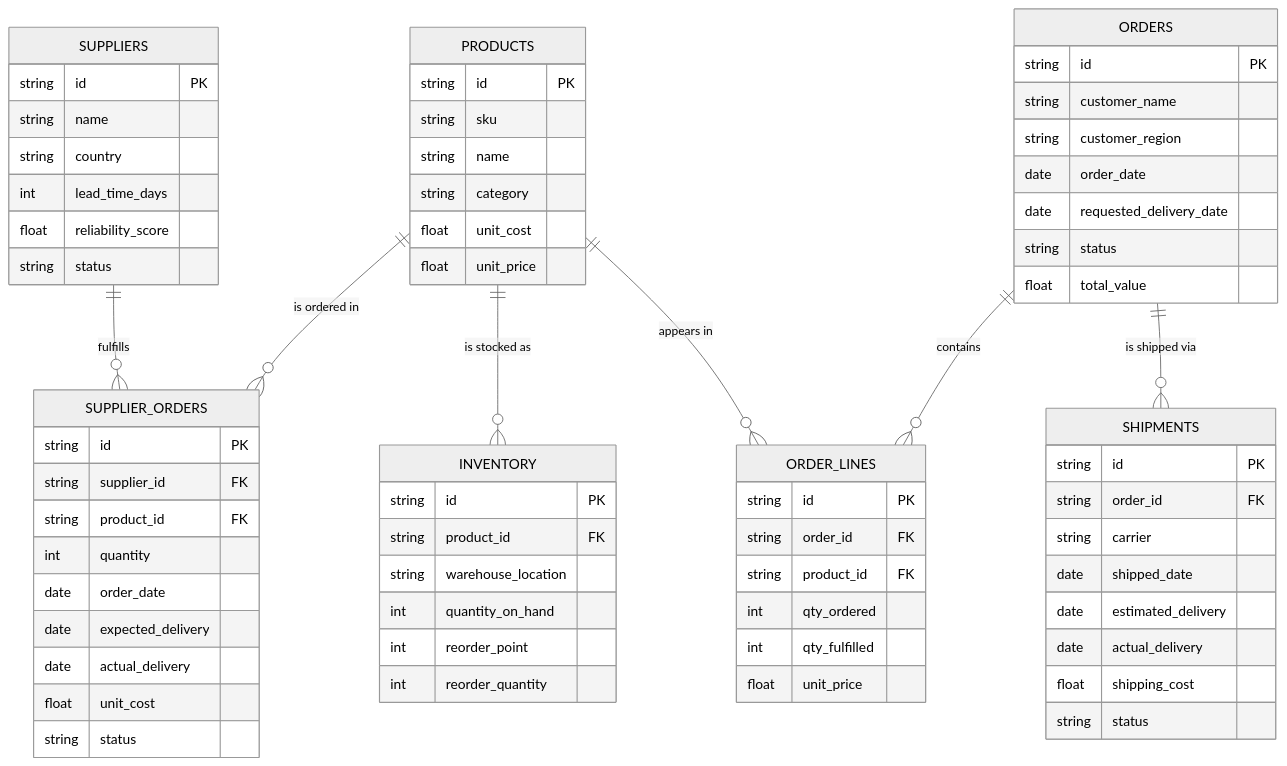
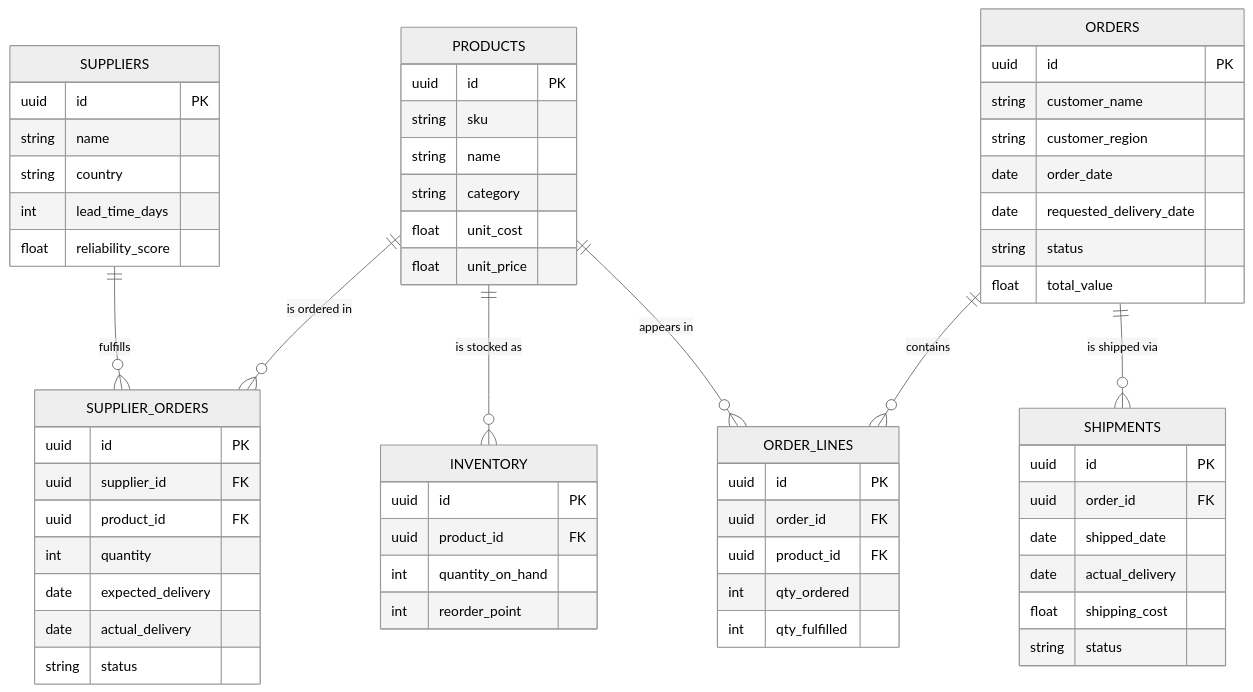
Before and after one commit to Giuseppe84-code/logistics-control-tower: the diagram in README.md, drawn with Mermaid (neutral theme). The commit also changed other lines of this file, not shown here.

First line of the commit message:
Update README to reflect SaaS architecture with Supabase, Stripe and Resend

````diff
--- a/README.md
+++ b/README.md
@@ -78,72 +74,64 @@
 ```mermaid
 erDiagram
     SUPPLIERS ||--o{ SUPPLIER_ORDERS : "fulfills"
     PRODUCTS  ||--o{ SUPPLIER_ORDERS : "is ordered in"
     PRODUCTS  ||--o{ INVENTORY       : "is stocked as"
     PRODUCTS  ||--o{ ORDER_LINES     : "appears in"
     ORDERS    ||--o{ ORDER_LINES     : "contains"
     ORDERS    ||--o{ SHIPMENTS       : "is shipped via"
 
     SUPPLIERS {
-        string id PK
+        uuid   id PK
         string name
         string country
         int    lead_time_days
         float  reliability_score
-        string status
     }
     PRODUCTS {
-        string id PK
+        uuid   id PK
         string sku
         string name
         string category
         float  unit_cost
         float  unit_price
     }
     INVENTORY {
-        string id PK
-        string product_id FK
-        string warehouse_location
+        uuid   id PK
+        uuid   product_id FK
         int    quantity_on_hand
         int    reorder_point
-        int    reorder_quantity
     }
     ORDERS {
-        string id PK
+        uuid   id PK
         string customer_name
         string customer_region
         date   order_date
         date   requested_delivery_date
         string status
         float  total_value
     }
     ORDER_LINES {
-        string id PK
-        string order_id FK
-        string product_id FK
+        uuid   id PK
+        uuid   order_id FK
+        uuid   product_id FK
         int    qty_ordered
         int    qty_fulfilled
-        float  unit_price
     }
     SHIPMENTS {
-        string id PK
-        string order_id FK
-        string carrier
+        uuid   id PK
+        uuid   order_id FK
         date   shipped_date
-        date   estimated_delivery
         date   actual_delivery
         float  shipping_cost
         string status
     }
     SUPPLIER_ORDERS {
-        string id PK
-        string supplier_id FK
-        string product_id FK
+        uuid   id PK
+        uuid   supplier_id FK
+        uuid   product_id FK
         int    quantity
-        date   order_date
         date   expected_delivery
         date   actual_delivery
-        float  unit_cost
         string status
     }
 ```
````
